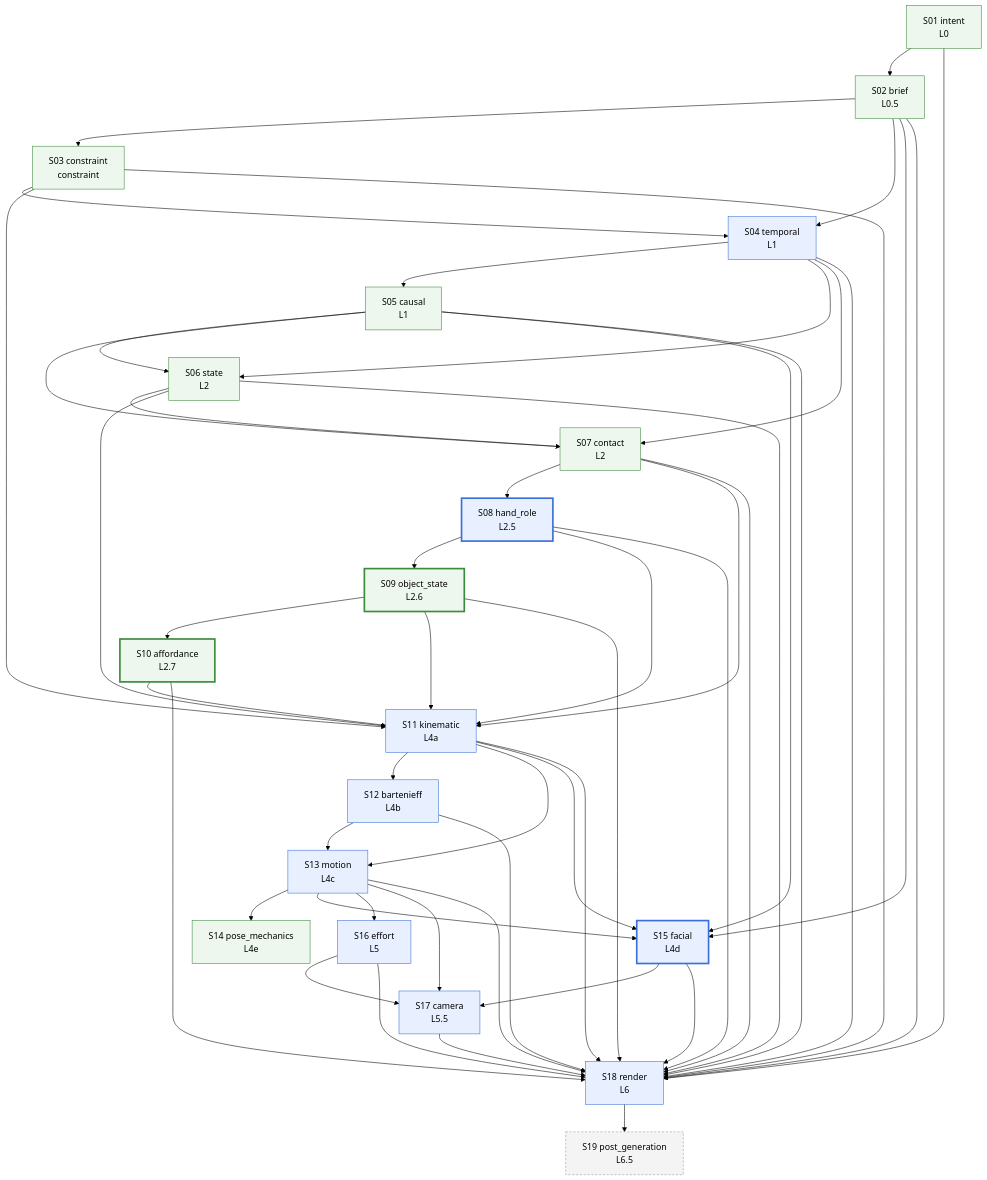
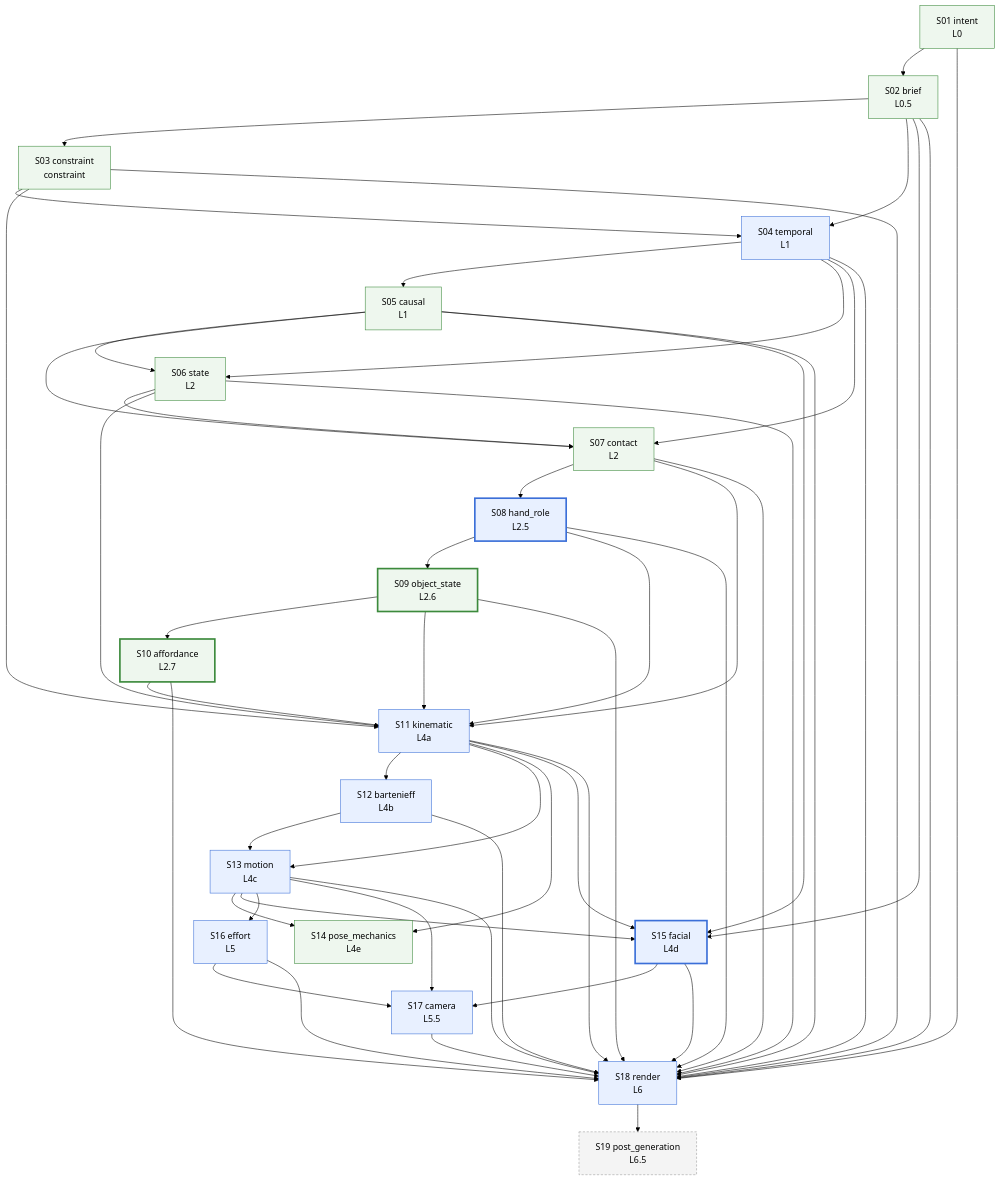
The diagram in docs/reference/dependencies.md (Kingsley-Cyber/cinematic-compiler-core), drawn with Mermaid (forest theme) before and after one commit. The commit also changed other lines of this file and 79 other files, not shown here.

````diff
--- a/docs/reference/dependencies.md
+++ b/docs/reference/dependencies.md
@@ -9,78 +9,79 @@
 ```mermaid
 flowchart TD
   intent["S01 intent<br/>L0"]
   brief["S02 brief<br/>L0.5"]
   constraint["S03 constraint<br/>constraint"]
   temporal["S04 temporal<br/>L1"]
   causal["S05 causal<br/>L1"]
   state["S06 state<br/>L2"]
   contact["S07 contact<br/>L2"]
   hand_role["S08 hand_role<br/>L2.5"]
   object_state["S09 object_state<br/>L2.6"]
   affordance["S10 affordance<br/>L2.7"]
   kinematic["S11 kinematic<br/>L4a"]
   bartenieff["S12 bartenieff<br/>L4b"]
   motion["S13 motion<br/>L4c"]
   pose_mechanics["S14 pose_mechanics<br/>L4e"]
   facial["S15 facial<br/>L4d"]
   effort["S16 effort<br/>L5"]
   camera["S17 camera<br/>L5.5"]
   render["S18 render<br/>L6"]
   post_generation["S19 post_generation<br/>L6.5"]
   intent --> brief
   brief --> constraint
   brief --> temporal
   constraint --> temporal
   temporal --> causal
   temporal --> state
   causal --> state
   temporal --> contact
   causal --> contact
   state --> contact
   contact --> hand_role
   hand_role --> object_state
   object_state --> affordance
   state --> kinematic
   contact --> kinematic
   hand_role --> kinematic
   object_state --> kinematic
   affordance --> kinematic
   constraint --> kinematic
   kinematic --> bartenieff
   kinematic --> motion
   bartenieff --> motion
   motion --> pose_mechanics
+  kinematic --> pose_mechanics
   brief --> facial
   causal --> facial
   kinematic --> facial
   motion --> facial
   motion --> effort
   motion --> camera
   effort --> camera
   facial --> camera
   intent --> render
   brief --> render
   temporal --> render
   causal --> render
   state --> render
   contact --> render
   hand_role --> render
   object_state --> render
   affordance --> render
   constraint --> render
   kinematic --> render
   bartenieff --> render
   motion --> render
   facial --> render
   effort --> render
   camera --> render
   render --> post_generation
   classDef authored fill:#e8f0ff,stroke:#3b6fd8
   classDef derived fill:#eef7ee,stroke:#3c8a3c
   classDef notbuilt fill:#f4f4f4,stroke:#999,stroke-dasharray:4 3
   classDef ugc stroke-width:3px
   class temporal,hand_role,kinematic,bartenieff,motion,facial,effort,camera,render authored
   class intent,brief,constraint,causal,state,contact,object_state,affordance,pose_mechanics derived
   class post_generation notbuilt
   class hand_role,object_state,affordance,facial ugc
 ```
````
